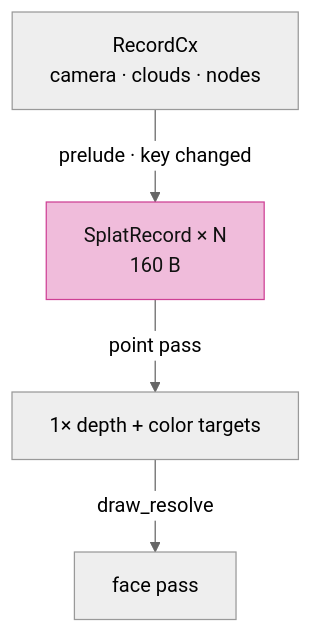
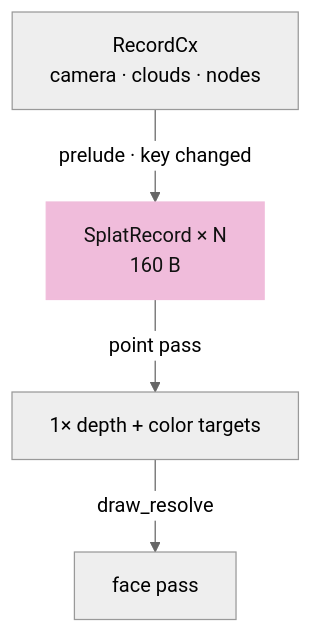
Before and after one commit to petrasvestartas/session: the fourth of 6 diagrams in session_viewer/docs/04d-clouds.md, drawn with Mermaid (neutral theme). The commit also changed other lines of this file and 324 other files, not shown here.

````diff
--- a/session_viewer/docs/04d-clouds.md
+++ b/session_viewer/docs/04d-clouds.md
@@ -108,7 +124,7 @@
 ```mermaid
 flowchart TB
     RC["RecordCx<br/>camera · clouds · nodes"] -- "prelude · key changed" --> SR["SplatRecord × N<br/>160 B"]
     SR -- "point pass" --> PT["1× depth + color targets"]
     PT -- "draw_resolve" --> FP["face pass"]
-    style SR fill:#f0bcdb,stroke:#ce4095,color:#111
+    style SR fill:#f0bcdb,stroke:#f0bcdb,color:#111
 ```
````
